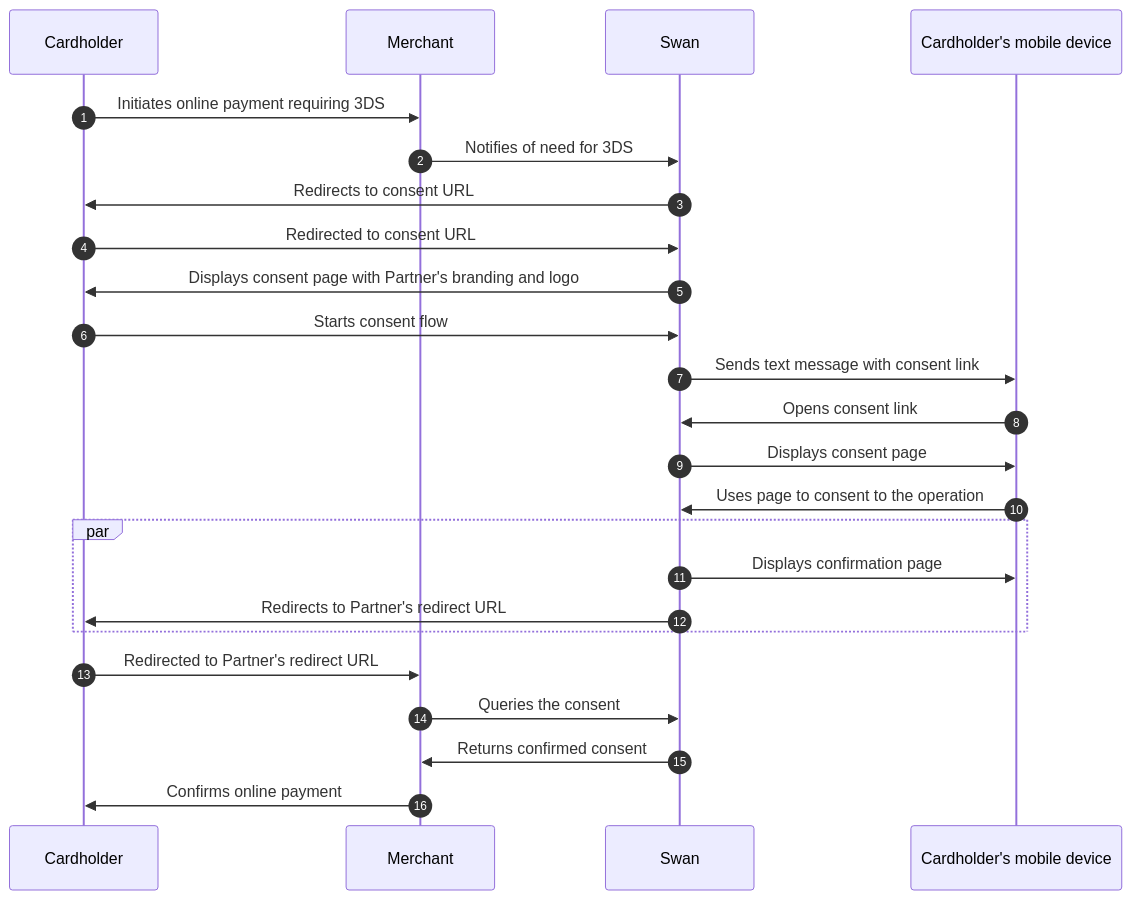
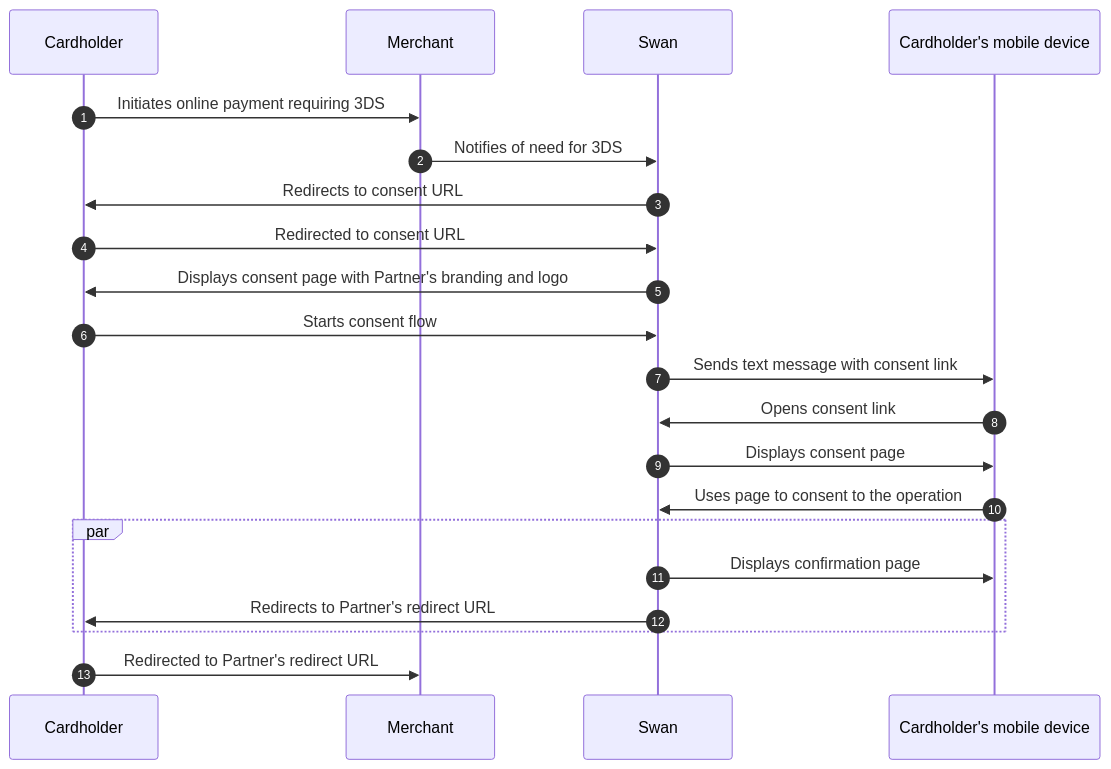
The second of 2 diagrams in docs/topics/payments/cards/index.mdx (swan-io/docs), drawn with Mermaid before and after one commit. The commit also changed other lines of this file and 30 other files, not shown here.

````diff
--- a/docs/topics/payments/cards/index.mdx
+++ b/docs/topics/payments/cards/index.mdx
@@ -424,26 +424,23 @@
 ```mermaid
 sequenceDiagram
 autonumber
 participant CH as Cardholder
 participant M as Merchant
 participant S as Swan
 participant CM as Cardholder's mobile device
     CH->> M: Initiates online payment requiring 3DS
     M ->> S: Notifies of need for 3DS
     S ->> CH: Redirects to consent URL
     CH->> S: Redirected to consent URL
     S ->> CH: Displays consent page with Partner's branding and logo
     CH->> S: Starts consent flow
     S ->> CM: Sends text message with consent link
     CM ->> S: Opens consent link
     S ->> CM: Displays consent page
     CM ->> S: Uses page to consent to the operation
     par
         S ->> CM: Displays confirmation page
         S ->> CH: Redirects to Partner's redirect URL
     end
     CH->> M: Redirected to Partner's redirect URL
-    M ->> S: Queries the consent
-    S ->> M: Returns confirmed consent
-    M ->> CH: Confirms online payment
 ```
````
